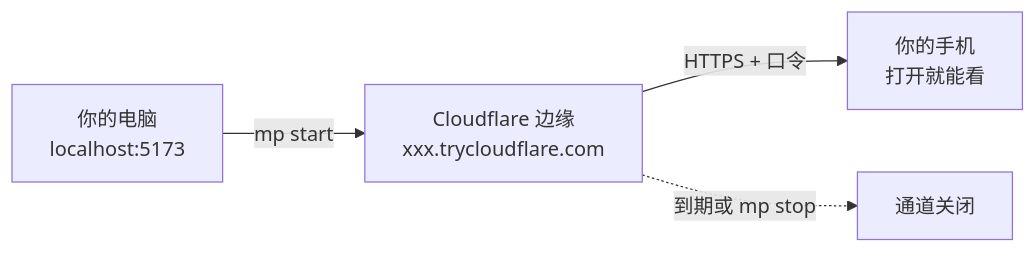
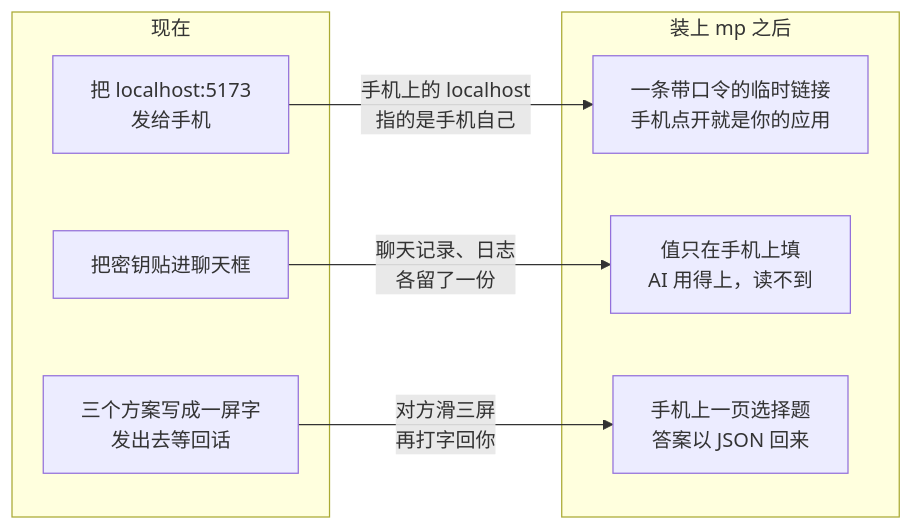
One commit to 2440893398/mobile-preview changed the diagram in docs/guide/index.md. Above: the diagram before and after it, drawn with Mermaid. The commit also changed other lines of this file and 11 other files, not shown here.

First line of the commit message:
docs: 介绍页与操作页改写成图多字少，写给还没装的人

````diff
--- a/docs/guide/index.md
+++ b/docs/guide/index.md
@@ -22,6 +17,16 @@
 ```mermaid
 flowchart LR
-  A["你的电脑<br/>localhost:5173"] -->|mp start| B["Cloudflare 边缘<br/>xxx.trycloudflare.com"]
-  B -->|HTTPS + 口令| C["你的手机<br/>打开就能看"]
-  B -.->|到期或 mp stop| D["通道关闭"]
+  subgraph now["现在"]
+    A1["把 localhost:5173<br/>发给手机"]
+    A2["把密钥贴进聊天框"]
+    A3["三个方案写成一屏字<br/>发出去等回话"]
+  end
+  subgraph after["装上 mp 之后"]
+    B1["一条带口令的临时链接<br/>手机点开就是你的应用"]
+    B2["值只在手机上填<br/>AI 用得上，读不到"]
+    B3["手机上一页选择题<br/>答案以 JSON 回来"]
+  end
+  A1 -->|"手机上的 localhost<br/>指的是手机自己"| B1
+  A2 -->|"聊天记录、日志<br/>各留了一份"| B2
+  A3 -->|"对方滑三屏<br/>再打字回你"| B3
 ```
````
